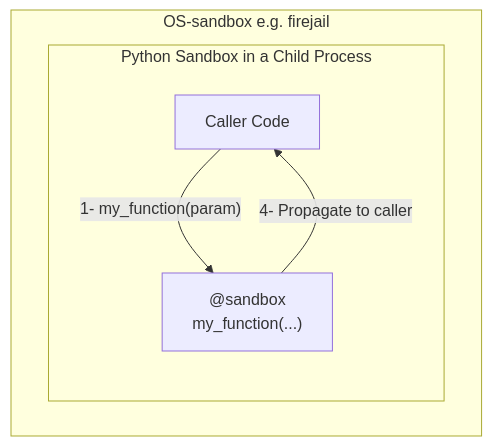
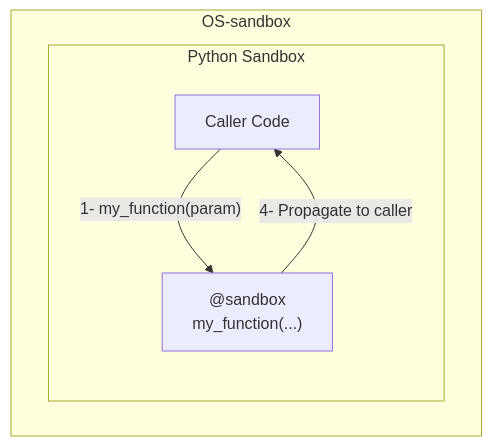
One commit to pprados/pysandboxes changed the first of 2 diagrams in README.md. Above: the diagram before and after it, drawn with Mermaid. The commit also changed other lines of this file and 9 other files, not shown here.

````diff
--- a/README.md
+++ b/README.md
@@ -110,14 +110,14 @@
 ```mermaid
 flowchart TD
-    subgraph SandboxEnvironment [OS-sandbox e.g. firejail]
+    subgraph SandboxEnvironment ["OS-sandbox"]
         direction LR
-        subgraph OSSandbox [Python Sandbox in a Child Process]
+        subgraph OSSandbox [Python Sandbox]
 
         A[Caller Code]
                 C["@sandbox<br/>my_function(...)"]
         end
     end
 
     A -- "1- my_function(param)" --> C
     C -- "4- Propagate to caller" --> A
 ```
````
